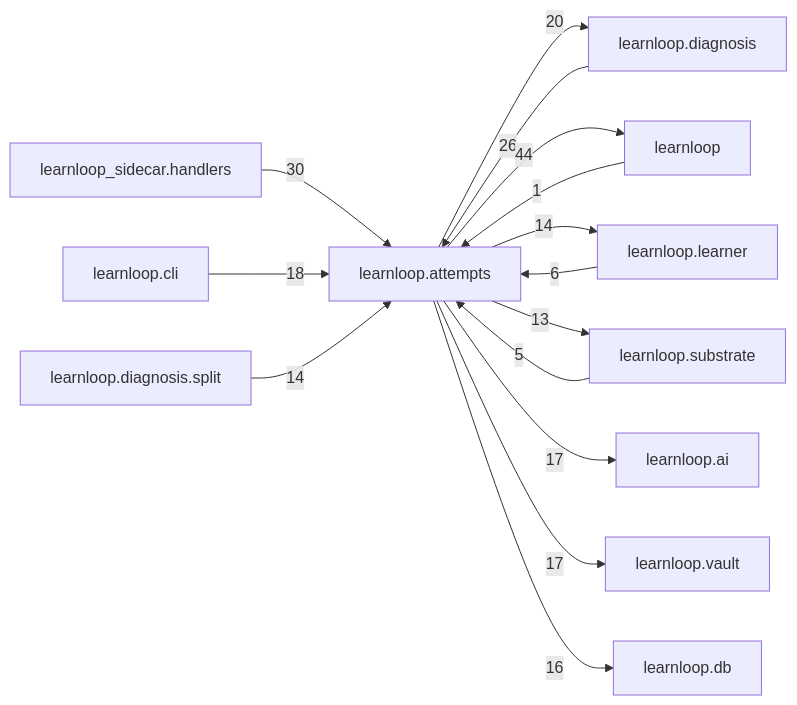
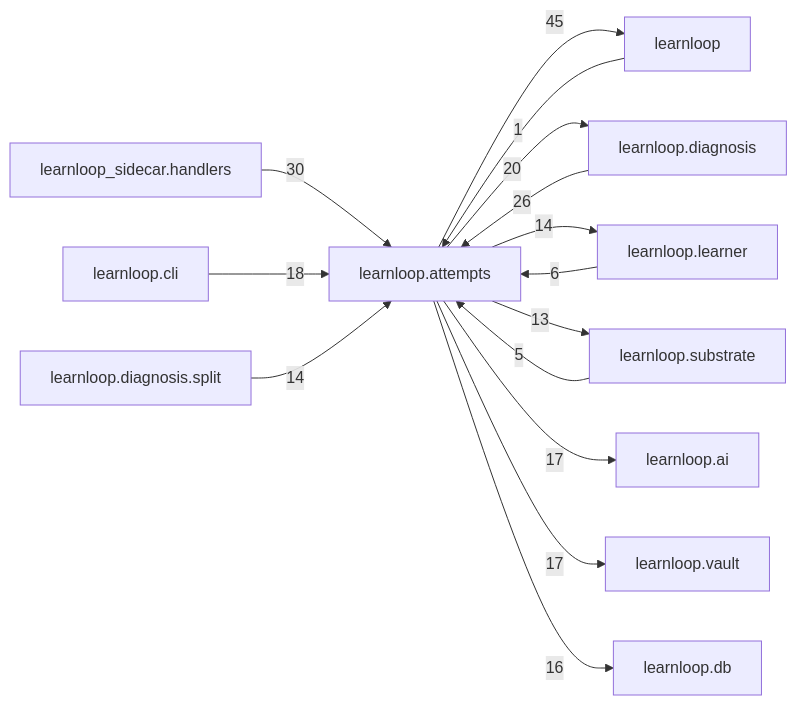
Before and after one commit to 6up-b/learnanything: the diagram in docs/learnloop-architecture-vault/Reference/Modules/learnloop/attempts/_package.md, drawn with Mermaid. The commit also changed other lines of this file and 590 other files, not shown here.

````diff
--- a/docs/learnloop-architecture-vault/Reference/Modules/learnloop/attempts/_package.md
+++ b/docs/learnloop-architecture-vault/Reference/Modules/learnloop/attempts/_package.md
@@ -167,28 +167,28 @@
 ```mermaid
 flowchart LR
     center["learnloop.attempts"]
+    n_learnloop["learnloop"]
     n_learnloop_diagnosis["learnloop.diagnosis"]
-    n_learnloop["learnloop"]
     n_learnloop_sidecar_handlers["learnloop_sidecar.handlers"]
     n_learnloop_learner["learnloop.learner"]
     n_learnloop_cli["learnloop.cli"]
     n_learnloop_substrate["learnloop.substrate"]
     n_learnloop_ai["learnloop.ai"]
     n_learnloop_vault["learnloop.vault"]
     n_learnloop_db["learnloop.db"]
     n_learnloop_diagnosis_split["learnloop.diagnosis.split"]
+    n_learnloop -->|1| center
+    center -->|45| n_learnloop
     n_learnloop_diagnosis -->|26| center
     center -->|20| n_learnloop_diagnosis
-    n_learnloop -->|1| center
-    center -->|44| n_learnloop
     n_learnloop_sidecar_handlers -->|30| center
     n_learnloop_learner -->|6| center
     center -->|14| n_learnloop_learner
     n_learnloop_cli -->|18| center
     n_learnloop_substrate -->|5| center
     center -->|13| n_learnloop_substrate
     center -->|17| n_learnloop_ai
     center -->|17| n_learnloop_vault
     center -->|16| n_learnloop_db
     n_learnloop_diagnosis_split -->|14| center
 ```
````
